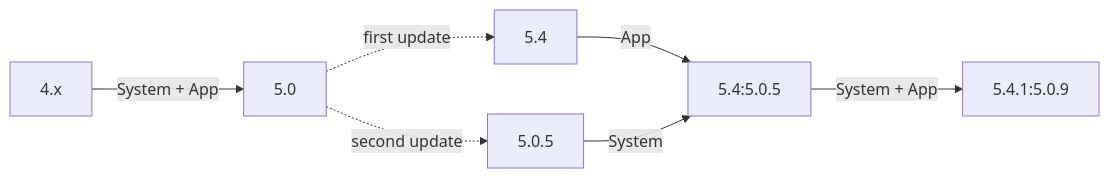
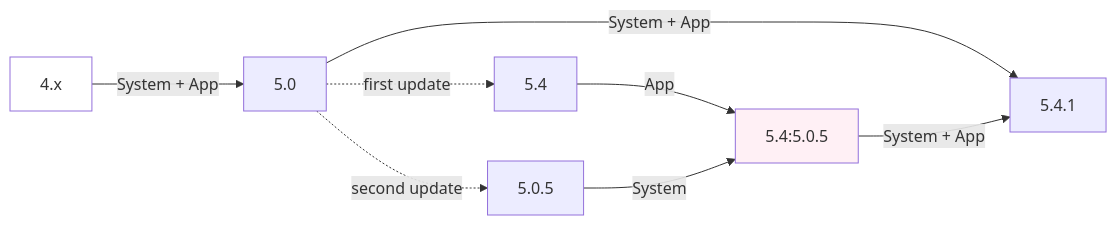
The diagram in Etrel Inch Firmware Update Procedure.md (Thundergrid149/Thundergrid-Installer-Instructions), drawn with Mermaid before and after one commit.

Commit message:
Update Etrel Inch Firmware Update Procedure.md

````diff
--- a/Etrel Inch Firmware Update Procedure.md
+++ b/Etrel Inch Firmware Update Procedure.md
@@ -50,11 +50,15 @@
 ```mermaid
 flowchart LR
 
 Z[4.x]-->|System + App|Y
 Y[5.0].->| first update |C
 Y[5.0].->| second update |B
+Y[5.0]-->| System + App |E
 C[5.4]-->| App |D
 B[5.0.5]-->| System |D
 D[5.4:5.0.5]-->| System + App |E
-E[5.4.1:5.0.9]
+E[5.4.1]
+
+style Z fill:#FFFFFF
+style D fill:#FFF0F5
 ```
````
